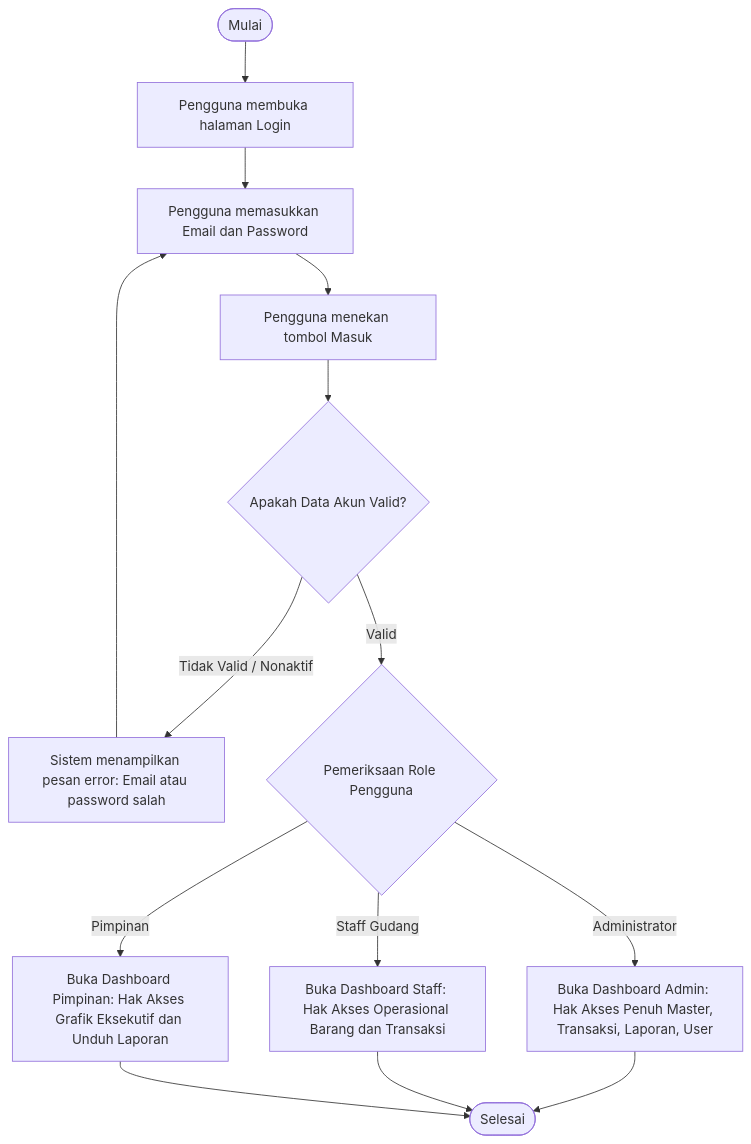
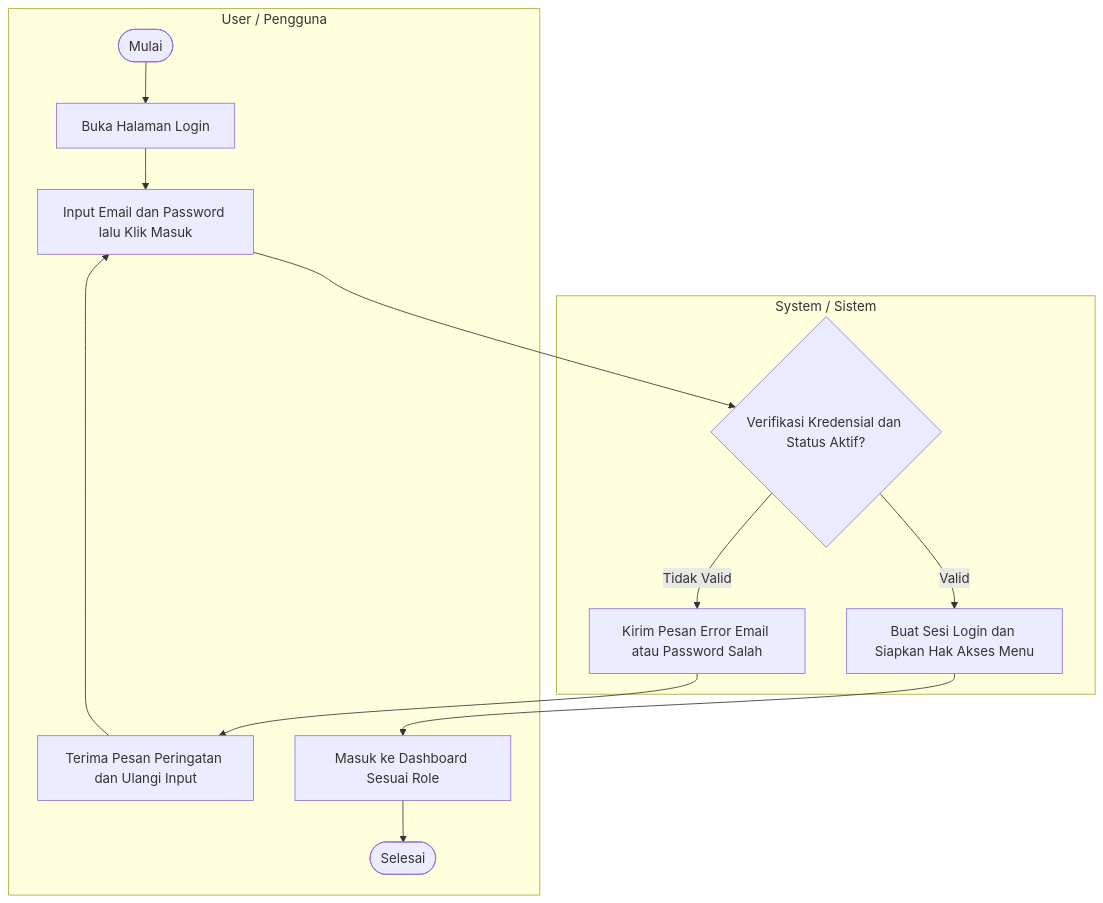
One commit to dimasdekka/inventory-manajement-yintong changed the first of 10 diagrams in DOKUMENTASI_UML_LENGKAP.md. Above: the diagram before and after it, drawn with Mermaid. The commit also changed other lines of this file, not shown here.

Commit message:
docs: add complete draw.io XML swimlanes for all 5 activity diagrams

````diff
--- a/DOKUMENTASI_UML_LENGKAP.md
+++ b/DOKUMENTASI_UML_LENGKAP.md
@@ -273,20 +203,17 @@
 ```mermaid
 flowchart TD
-    Start([Mulai]) --> A1[Pengguna membuka halaman Login]
-    A1 --> A2[Pengguna memasukkan Email dan Password]
-    A2 --> A3[Pengguna menekan tombol Masuk]
-    A3 --> A4{Apakah Data Akun Valid?}
-    
-    A4 -- Tidak Valid / Nonaktif --> A5[Sistem menampilkan pesan error: Email atau password salah]
-    A5 --> A2
+    subgraph User [User / Pengguna]
+        Start1([Mulai]) --> U1[Buka Halaman Login]
+        U1 --> U2[Input Email dan Password lalu Klik Masuk]
+        U3[Terima Pesan Peringatan dan Ulangi Input] --> U2
+        U4[Masuk ke Dashboard Sesuai Role] --> End1([Selesai])
+    end
 
-    A4 -- Valid --> A6{Pemeriksaan Role Pengguna}
-    
-    A6 -- Administrator --> A7[Buka Dashboard Admin: Hak Akses Penuh Master, Transaksi, Laporan, User]
-    A6 -- Staff Gudang --> A8[Buka Dashboard Staff: Hak Akses Operasional Barang dan Transaksi]
-    A6 -- Pimpinan --> A9[Buka Dashboard Pimpinan: Hak Akses Grafik Eksekutif dan Unduh Laporan]
-    
-    A7 --> End([Selesai])
-    A8 --> End
-    A9 --> End
+    subgraph System [System / Sistem]
+        U2 --> S1{Verifikasi Kredensial dan Status Aktif?}
+        S1 -- Tidak Valid --> S2[Kirim Pesan Error Email atau Password Salah]
+        S2 --> U3
+        S1 -- Valid --> S3[Buat Sesi Login dan Siapkan Hak Akses Menu]
+        S3 --> U4
+    end
 ```
````
